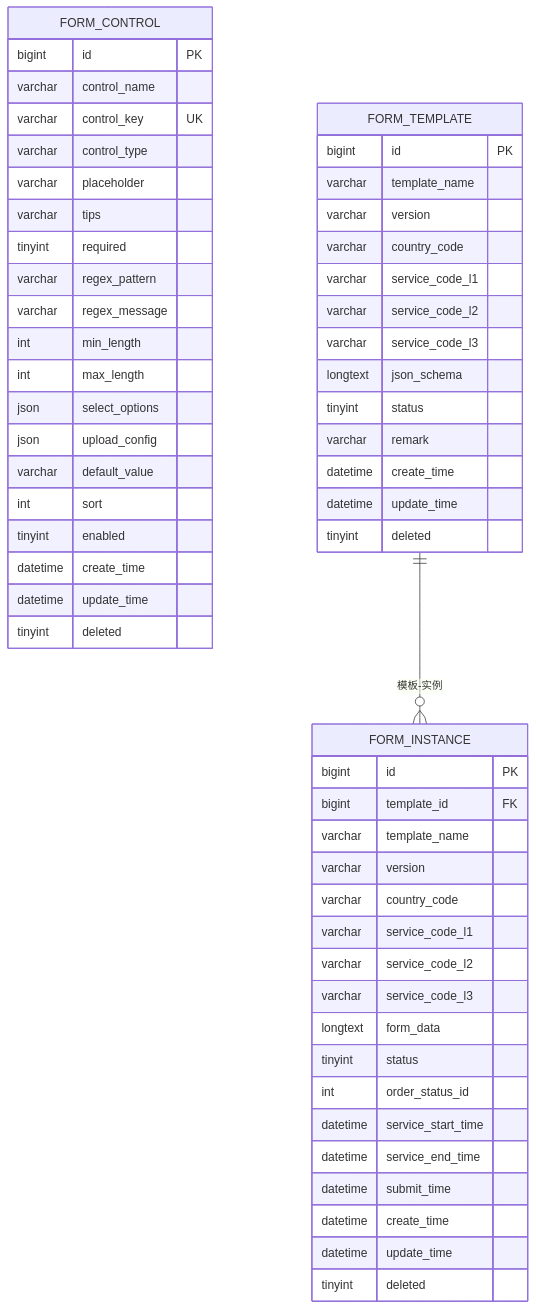
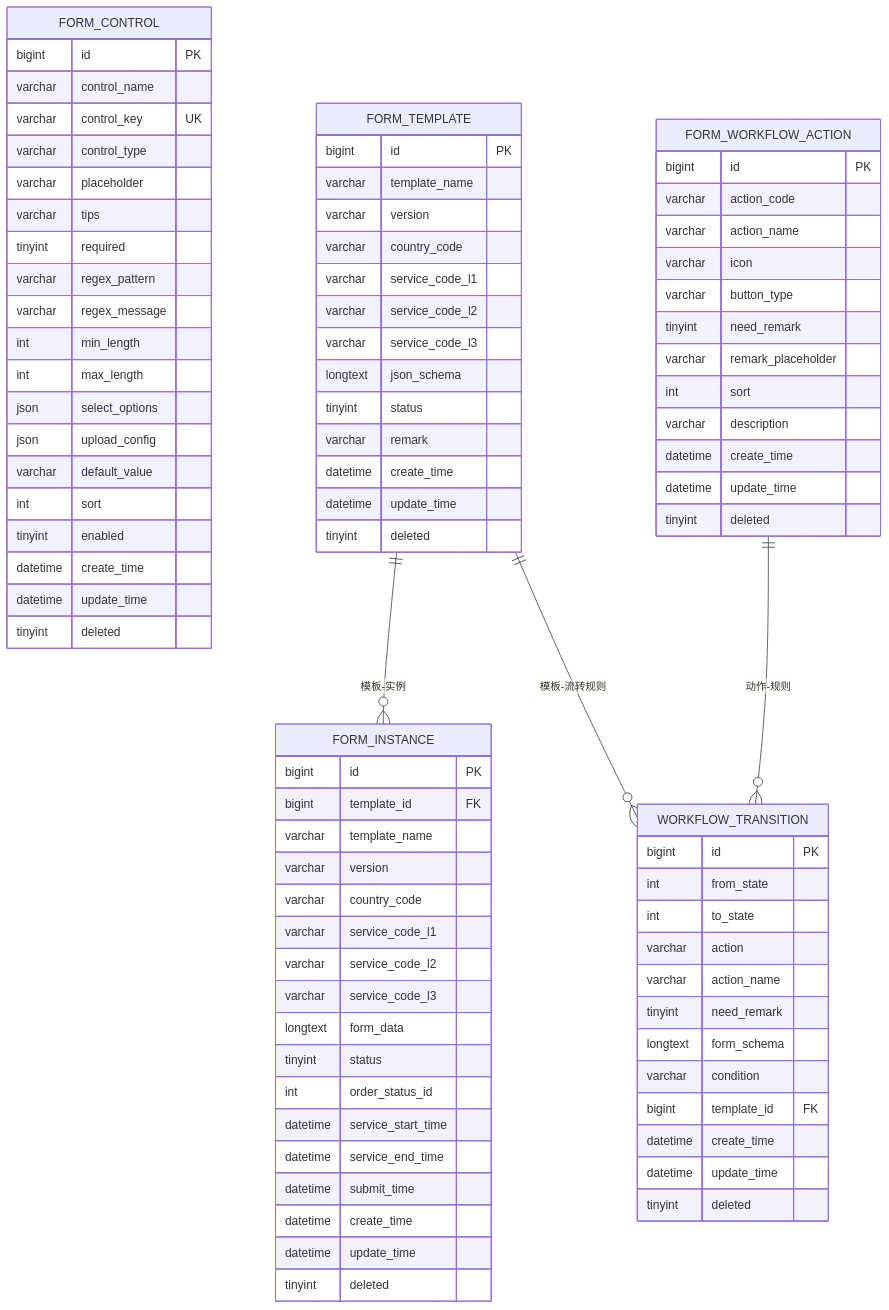
One commit to NJMrLi/genetics changed the seventh of 7 diagrams in .qoder/repowiki/zh/content/API接口文档/服务单实例API.md. Above: the diagram before and after it, drawn with Mermaid. The commit also changed other lines of this file and 21 other files, not shown here.

````diff
--- a/.qoder/repowiki/zh/content/API接口文档/服务单实例API.md
+++ b/.qoder/repowiki/zh/content/API接口文档/服务单实例API.md
@@ -610,5 +822,35 @@
 datetime update_time
 tinyint deleted
 }
+FORM_WORKFLOW_ACTION {
+bigint id PK
+varchar action_code
+varchar action_name
+varchar icon
+varchar button_type
+tinyint need_remark
+varchar remark_placeholder
+int sort
+varchar description
+datetime create_time
+datetime update_time
+tinyint deleted
+}
+WORKFLOW_TRANSITION {
+bigint id PK
+int from_state
+int to_state
+varchar action
+varchar action_name
+tinyint need_remark
+longtext form_schema
+varchar condition
+bigint template_id FK
+datetime create_time
+datetime update_time
+tinyint deleted
+}
 FORM_TEMPLATE ||--o{ FORM_INSTANCE : "模板-实例"
+FORM_TEMPLATE ||--o{ WORKFLOW_TRANSITION : "模板-流转规则"
+FORM_WORKFLOW_ACTION ||--o{ WORKFLOW_TRANSITION : "动作-规则"
 ```
````
